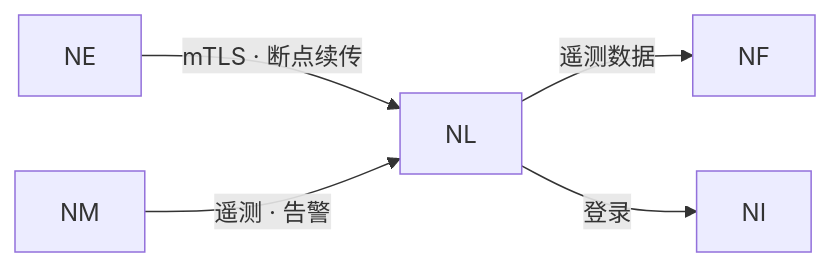
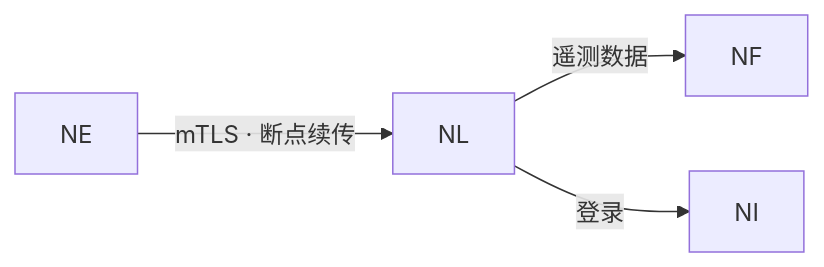
Before and after one commit to NereidAI/nereidai.github.io: the diagram in docs/zh/products/nereidlink.md, drawn with Mermaid. The commit also changed other lines of this file and 81 other files, not shown here.

````diff
--- a/docs/zh/products/nereidlink.md
+++ b/docs/zh/products/nereidlink.md
@@ -95,7 +94,6 @@
 ```mermaid
 flowchart LR
     EDGE["NE"] -->|mTLS · 断点续传| LINK["NL"]
     LINK -->|遥测数据| FORGE["NF"]
-    MOBILE["NM"] -->|遥测 · 告警| LINK
     LINK -->|登录| NI["NI"]
 ```
````
